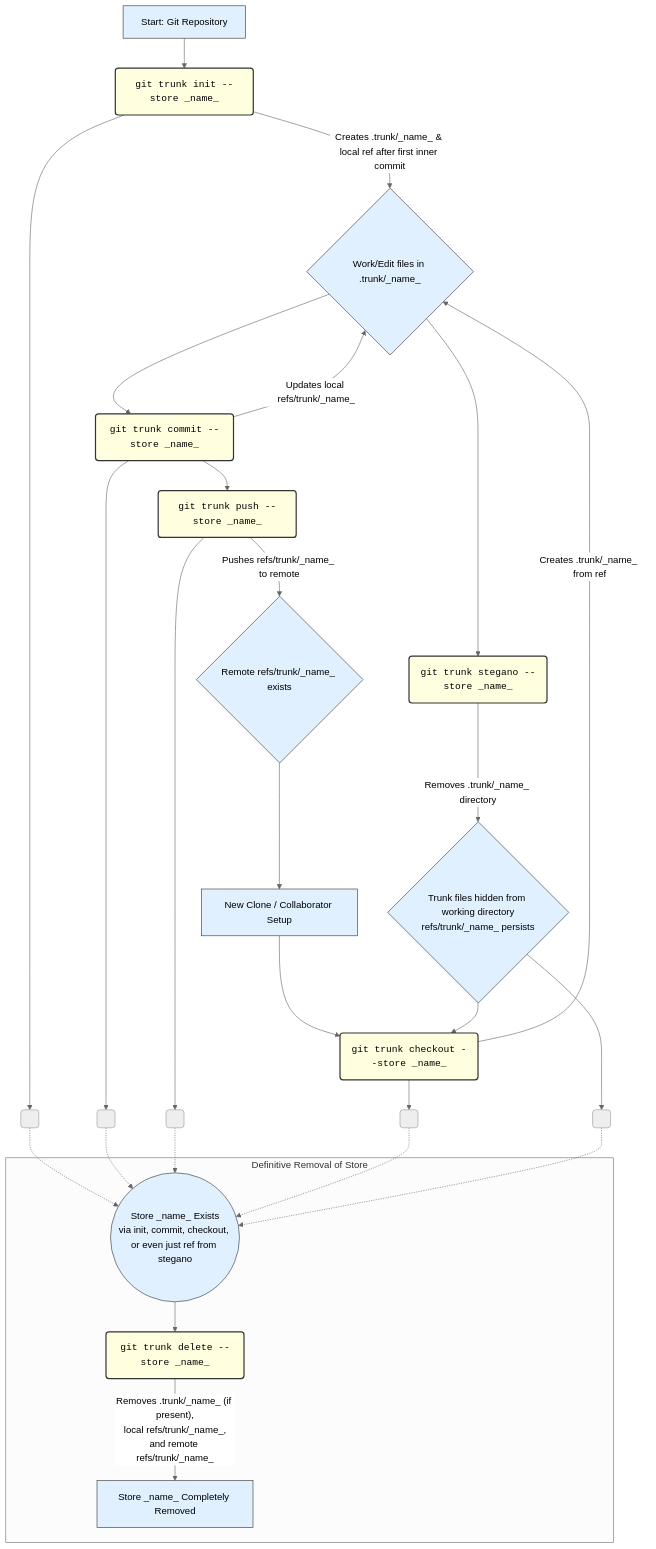
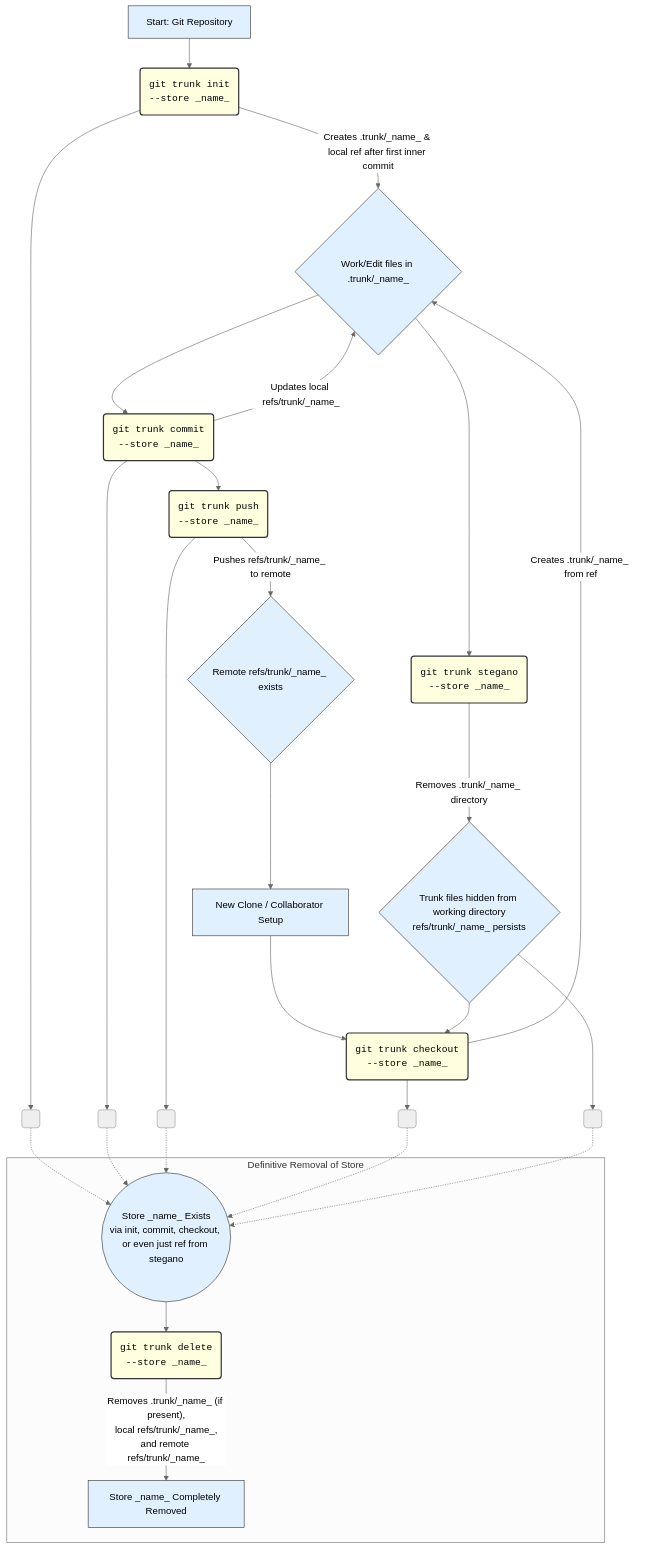
Before and after one commit to ssr1ram/git-trunk: the diagram in README.md, drawn with Mermaid (neutral theme).

Commit message:
formatted --store in  diagram

````diff
--- a/README.md
+++ b/README.md
@@ -23,35 +23,35 @@
 ```mermaid
 graph TD
-    A[Start: Git Repository] --> B(<code>git trunk init --store _name_</code>);
+    A[Start: Git Repository] --> B(<code>git trunk init <br>--store _name_</code>);
     B -- Creates .trunk/_name_ & local ref after first inner commit --> C{Work/Edit files in .trunk/_name_};
-    C --> D(<code>git trunk commit --store _name_</code>);
+    C --> D(<code>git trunk commit <br>--store _name_</code>);
     D -- Updates local refs/trunk/_name_ --> C;
-    D --> E(<code>git trunk push --store _name_</code>);
+    D --> E(<code>git trunk push <br>--store _name_</code>);
     E -- Pushes refs/trunk/_name_ to remote --> F{Remote refs/trunk/_name_ exists};
 
     F --> G[New Clone / Collaborator Setup];
-    G --> H(<code>git trunk checkout --store _name_</code>);
+    G --> H(<code>git trunk checkout <br>--store _name_</code>);
     H -- Creates .trunk/_name_ from ref --> C;
 
-    C --> I(<code>git trunk stegano --store _name_</code>);
+    C --> I(<code>git trunk stegano <br>--store _name_</code>);
     I -- Removes .trunk/_name_ directory --> J{Trunk files hidden from working directory<br/>refs/trunk/_name_ persists};
     J --> H
 
     subgraph "Definitive Removal of Store"
-        K((Store _name_ Exists<br/>via init, commit, checkout, or even just ref from stegano)) --> L(<code>git trunk delete --store _name_</code>);
+        K((Store _name_ Exists<br/>via init, commit, checkout, or even just ref from stegano)) --> L(<code>git trunk delete <br>--store _name_</code>);
         L -- Removes .trunk/_name_ (if present),<br/>local refs/trunk/_name_,<br/>and remote refs/trunk/_name_ --> M[Store _name_ Completely Removed];
     end
     
     %% Connections to Deletion Trigger State
     B --> K_from_B( ); K_from_B -.-> K;
     D --> K_from_D( ); K_from_D -.-> K; 
     E --> K_from_E( ); K_from_E -.-> K; 
     H --> K_from_H( ); K_from_H -.-> K; 
     J --> K_from_J( ); K_from_J -.-> K; 
 
     %% Styling
     classDef command fill:#ffffe0,stroke:#333,stroke-width:2px,color:#000,font-family:monospace;
     class B,D,E,H,I,L command;
     classDef state fill:#e0f0ff,stroke:#333,stroke-width:1px,color:#000;
     class A,C,F,G,J,K,M state;
 ```
````
